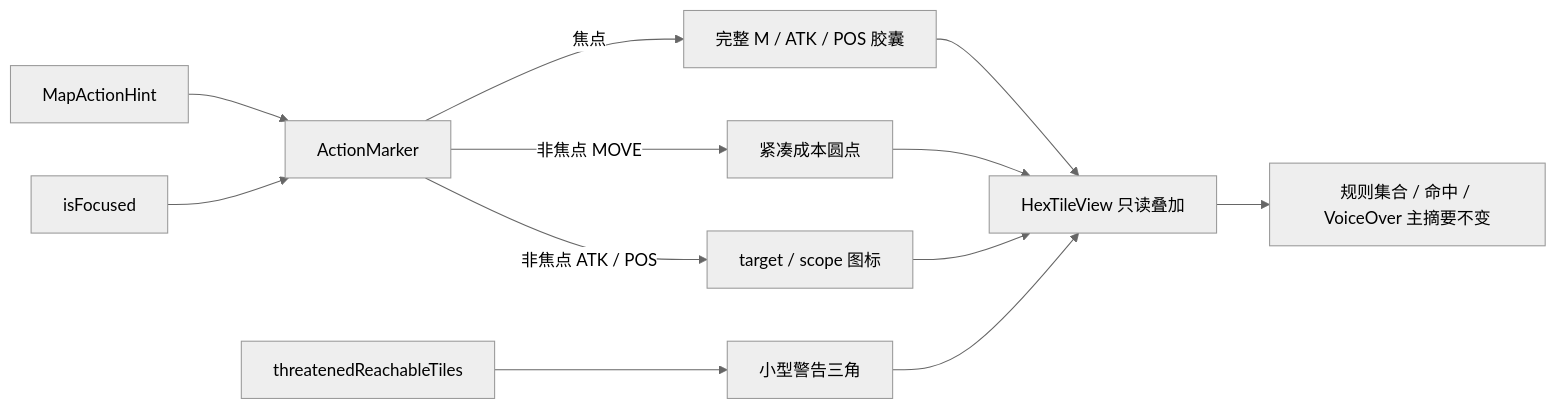
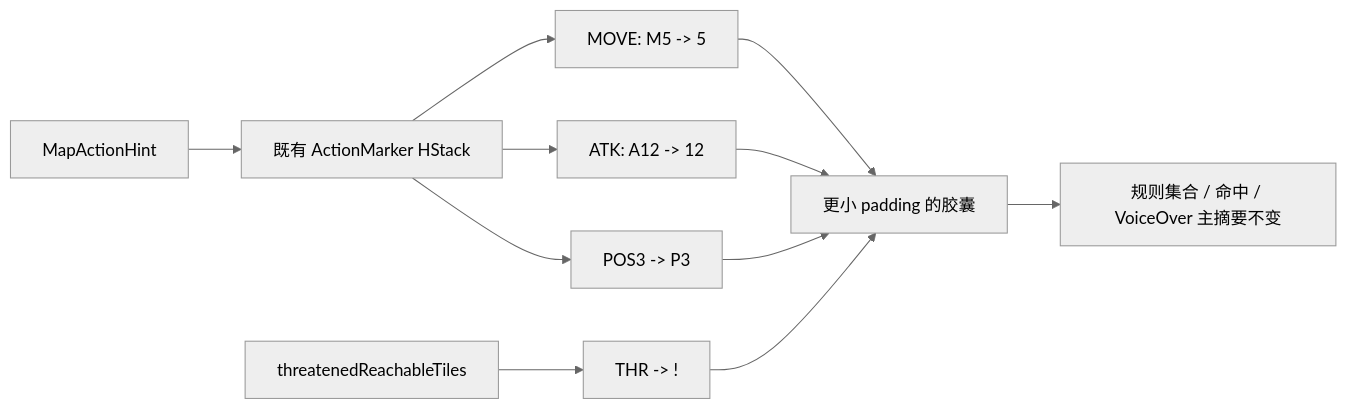
One commit to Altman-sam114/116 changed diagram 12 of 16 in md/flow/flowchart.md. Above: the diagram before and after it, drawn with Mermaid (neutral theme). The commit also changed other lines of this file and 6 other files, not shown here.

````diff
--- a/md/flow/flowchart.md
+++ b/md/flow/flowchart.md
@@ -210,14 +210,13 @@
 ```mermaid
 flowchart LR
-    Hint["MapActionHint"] --> Marker["ActionMarker"]
-    Focus["isFocused"] --> Marker
-    Marker -->|焦点| Expanded["完整 M / ATK / POS 胶囊"]
-    Marker -->|非焦点 MOVE| Cost["紧凑成本圆点"]
-    Marker -->|非焦点 ATK / POS| Icon["target / scope 图标"]
-    Threat["threatenedReachableTiles"] --> Triangle["小型警告三角"]
-    Expanded --> Render["HexTileView 只读叠加"]
-    Cost --> Render
-    Icon --> Render
-    Triangle --> Render
+    Hint["MapActionHint"] --> Marker["既有 ActionMarker HStack"]
+    Marker --> Move["MOVE: M5 -> 5"]
+    Marker --> Attack["ATK: A12 -> 12"]
+    Marker --> Position["POS3 -> P3"]
+    Threat["threatenedReachableTiles"] --> Warning["THR -> !"]
+    Move --> Render["更小 padding 的胶囊"]
+    Attack --> Render
+    Position --> Render
+    Warning --> Render
     Render --> Boundary["规则集合 / 命中 / VoiceOver 主摘要不变"]
 ```
````
